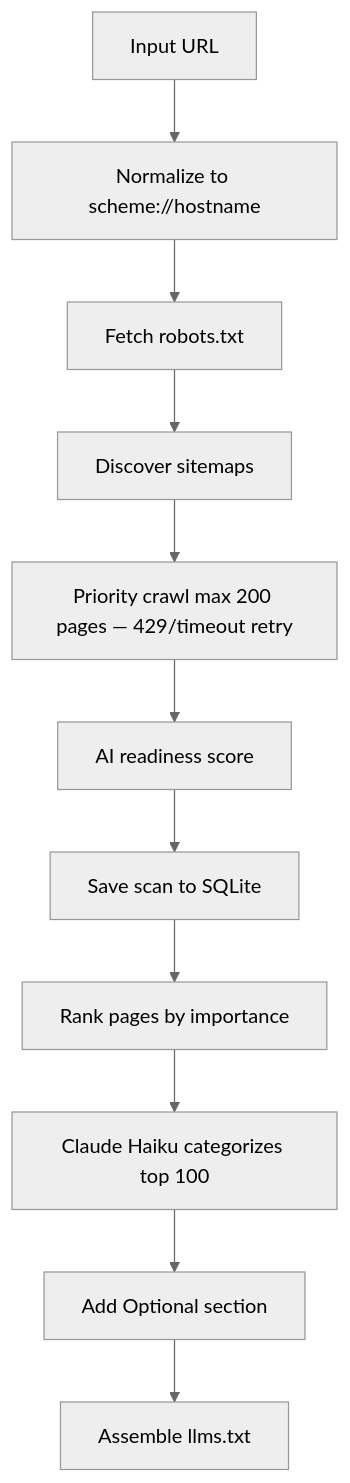
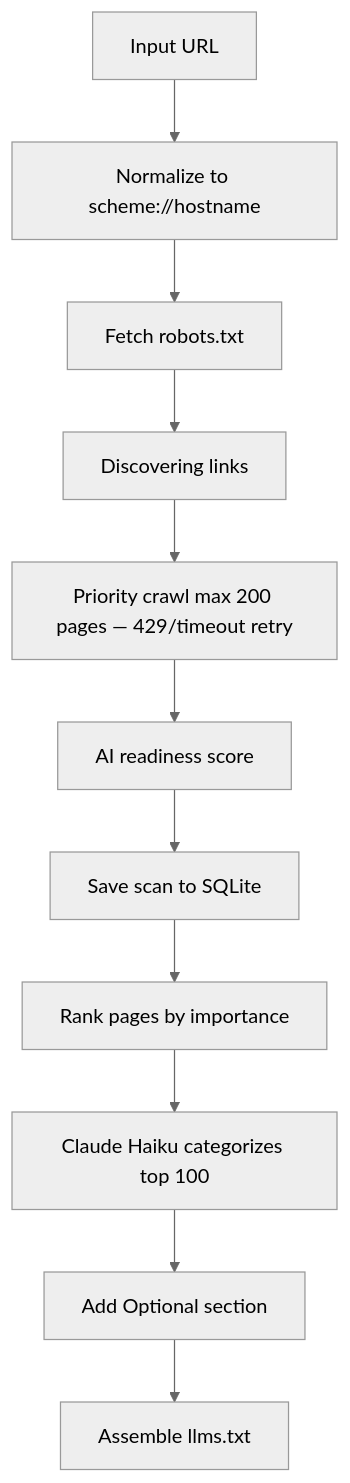
The first of 2 diagrams in backend/README.md (racheler15/llms-txt-rachel-lin), drawn with Mermaid (neutral theme) before and after one commit. The commit also changed other lines of this file and 1 other file, not shown here.

````diff
--- a/backend/README.md
+++ b/backend/README.md
@@ -22,13 +24,13 @@
 ```mermaid
 flowchart TD
   input[Input URL] --> normalize[Normalize to scheme://hostname]
   normalize --> robots[Fetch robots.txt]
-  robots --> sitemap[Discover sitemaps]
+  robots --> sitemap[Discovering links]
   sitemap --> crawl[Priority crawl max 200 pages — 429/timeout retry]
   crawl --> readiness[AI readiness score]
   readiness --> persist[Save scan to SQLite]
   persist --> rank[Rank pages by importance]
   rank --> claude[Claude Haiku categorizes top 100]
   claude --> optional[Add Optional section]
   optional --> output[Assemble llms.txt]
 ```
````
